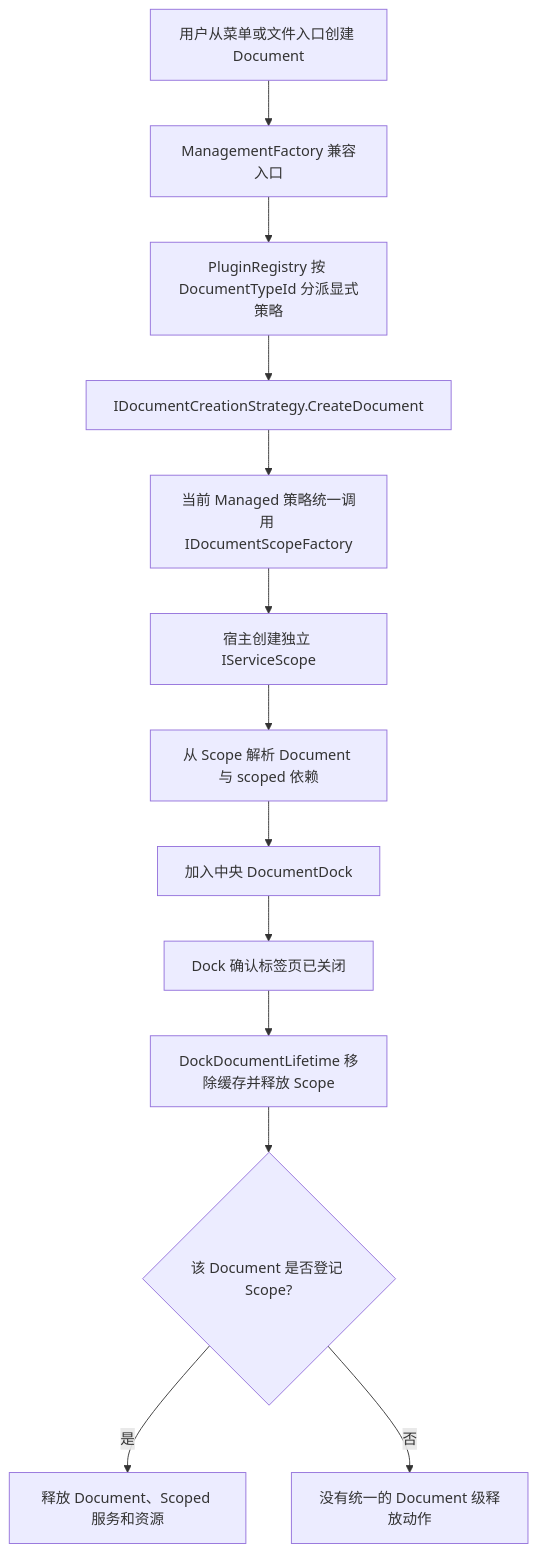
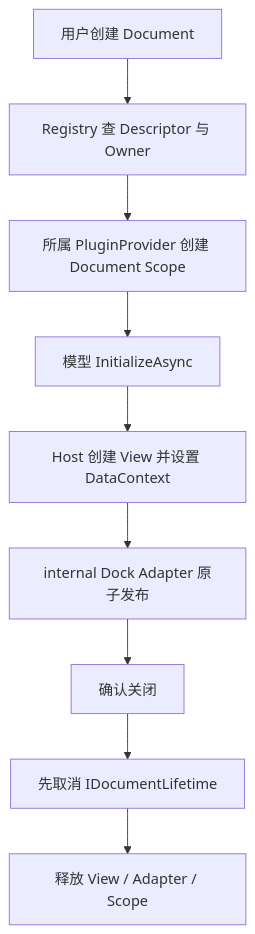
The third of 5 diagrams in docs/design/host-plugin-architecture-review.md (crownclowngx/avalonia_dock_simple_test), drawn with Mermaid before and after one commit. The commit also changed other lines of this file and 45 other files, not shown here.

First line of the commit message:
feat(plugin): 完成 G9 MyPlugTest Host V2 迁移

````diff
--- a/docs/design/host-plugin-architecture-review.md
+++ b/docs/design/host-plugin-architecture-review.md
@@ -160,15 +158,11 @@
 ```mermaid
 flowchart TD
-    User["用户从菜单或文件入口创建 Document"] --> Host["ManagementFactory 兼容入口"]
-    Host --> Registry["PluginRegistry 按 DocumentTypeId 分派显式策略"]
-    Registry --> Strategy["IDocumentCreationStrategy.CreateDocument"]
-    Strategy --> Choice["当前 Managed 策略统一调用 IDocumentScopeFactory"]
-    Choice --> Scope["宿主创建独立 IServiceScope"]
-    Scope --> Resolve["从 Scope 解析 Document 与 scoped 依赖"]
-    Resolve --> Dock["加入中央 DocumentDock"]
-    Dock --> Close["Dock 确认标签页已关闭"]
-    Close --> Release["DockDocumentLifetime 移除缓存并释放 Scope"]
-    Release --> Managed{"该 Document 是否登记 Scope?"}
-    Managed -- "是" --> Dispose["释放 Document、Scoped 服务和资源"]
-    Managed -- "否" --> End["没有统一的 Document 级释放动作"]
+    User["用户创建 Document"] --> Registry["Registry 查 Descriptor 与 Owner"]
+    Registry --> Scope["所属 PluginProvider 创建 Document Scope"]
+    Scope --> Init["模型 InitializeAsync"]
+    Init --> View["Host 创建 View 并设置 DataContext"]
+    View --> Adapter["internal Dock Adapter 原子发布"]
+    Adapter --> Close["确认关闭"]
+    Close --> Cancel["先取消 IDocumentLifetime"]
+    Cancel --> Dispose["释放 View / Adapter / Scope"]
 ```
````
